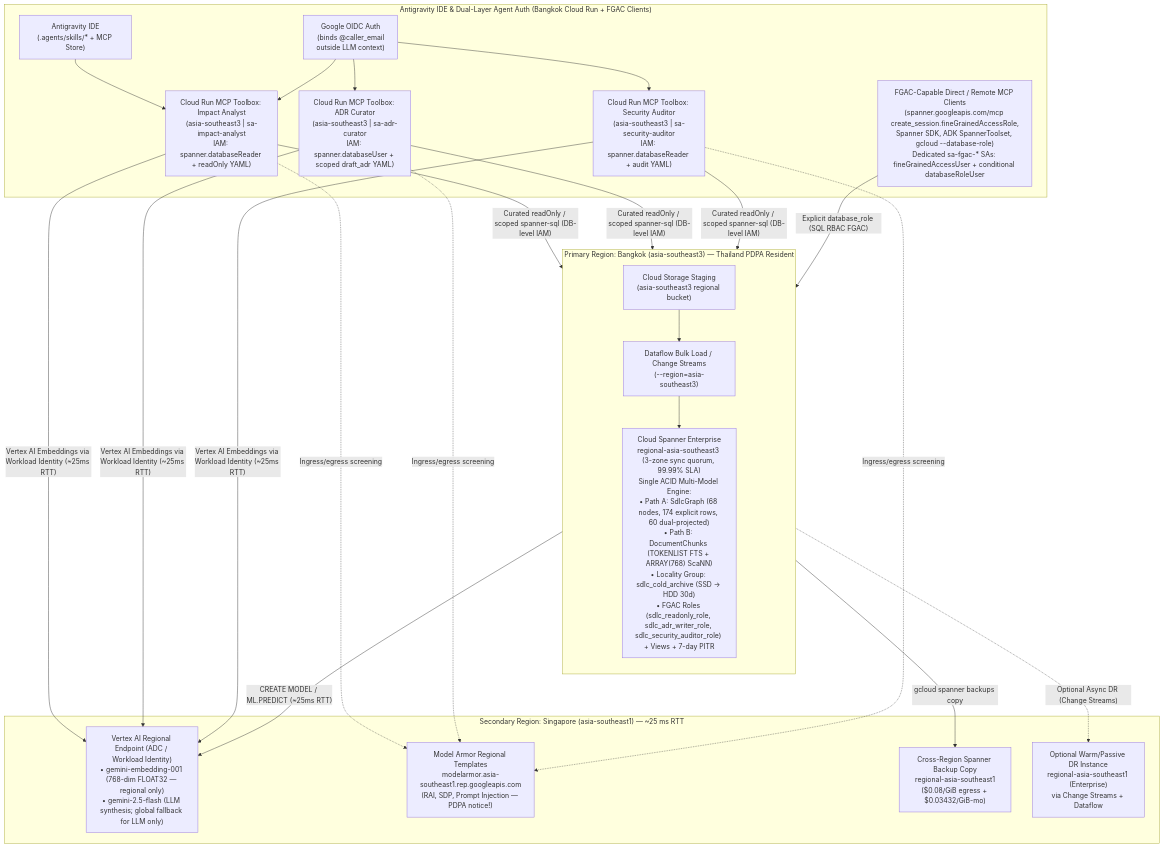
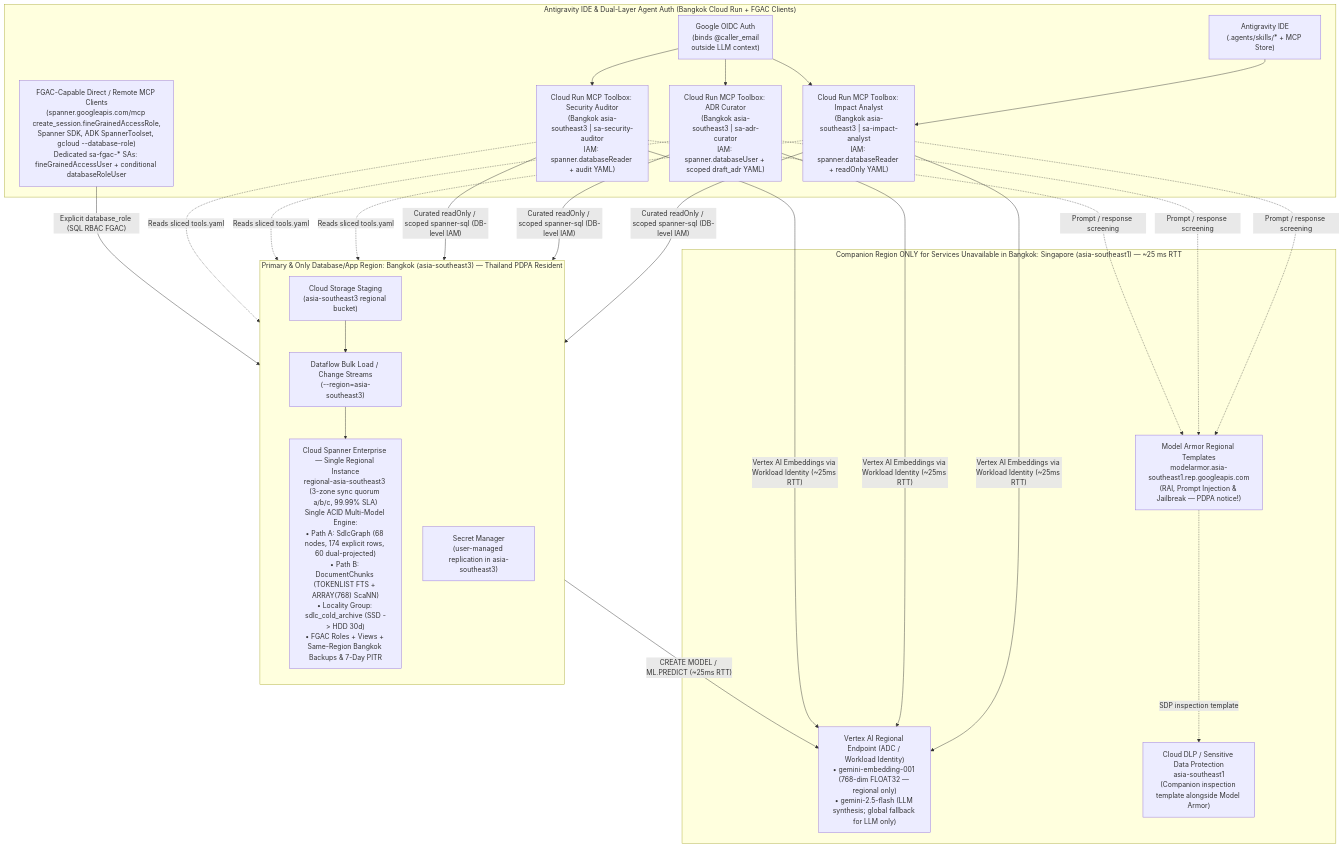
Before and after one commit to jiratouchmhp/spanner-graph-sdlc-workshop: the diagram in WORKSHOP_CONTENT_PLAN.md, drawn with Mermaid. The commit also changed other lines of this file and 54 other files, not shown here.

First line of the commit message:
Simplify workshop to single-region Bangkok (asia-southeast3) + Singapore only for AI/Security services unavailable in Bangkok

````diff
--- a/WORKSHOP_CONTENT_PLAN.md
+++ b/WORKSHOP_CONTENT_PLAN.md
@@ -64,36 +64,36 @@
 ```mermaid
 flowchart TB
     subgraph IDE_AGENTS["Antigravity IDE & Dual-Layer Agent Auth (Bangkok Cloud Run + FGAC Clients)"]
         AG["Antigravity IDE\n(.agents/skills/* + MCP Store)"]
-        P1["Cloud Run MCP Toolbox: Impact Analyst\n(asia-southeast3 | sa-impact-analyst\nIAM: spanner.databaseReader + readOnly YAML)"]
-        P2["Cloud Run MCP Toolbox: ADR Curator\n(asia-southeast3 | sa-adr-curator\nIAM: spanner.databaseUser + scoped draft_adr YAML)"]
-        P3["Cloud Run MCP Toolbox: Security Auditor\n(asia-southeast3 | sa-security-auditor\nIAM: spanner.databaseReader + audit YAML)"]
+        P1["Cloud Run MCP Toolbox: Impact Analyst\n(Bangkok asia-southeast3 | sa-impact-analyst\nIAM: spanner.databaseReader + readOnly YAML)"]
+        P2["Cloud Run MCP Toolbox: ADR Curator\n(Bangkok asia-southeast3 | sa-adr-curator\nIAM: spanner.databaseUser + scoped draft_adr YAML)"]
+        P3["Cloud Run MCP Toolbox: Security Auditor\n(Bangkok asia-southeast3 | sa-security-auditor\nIAM: spanner.databaseReader + audit YAML)"]
         FGAC_CLI["FGAC-Capable Direct / Remote MCP Clients\n(spanner.googleapis.com/mcp create_session.fineGrainedAccessRole,\nSpanner SDK, ADK SpannerToolset, gcloud --database-role)\nDedicated sa-fgac-* SAs: fineGrainedAccessUser + conditional databaseRoleUser"]
         OIDC["Google OIDC Auth\n(binds @caller_email\noutside LLM context)"]
         AG --> P1
         OIDC --> P1 & P2 & P3
     end
 
-    subgraph BKK["Primary Region: Bangkok (asia-southeast3) — Thailand PDPA Resident"]
+    subgraph BKK["Primary & Only Database/App Region: Bangkok (asia-southeast3) — Thailand PDPA Resident"]
         direction TB
-        SP["Cloud Spanner Enterprise\nregional-asia-southeast3 (3-zone sync quorum, 99.99% SLA)\nSingle ACID Multi-Model Engine:\n• Path A: SdlcGraph (68 nodes, 174 explicit rows, 60 dual-projected)\n• Path B: DocumentChunks (TOKENLIST FTS + ARRAY<FLOAT32>(768) ScaNN)\n• Locality Group: sdlc_cold_archive (SSD -> HDD 30d)\n• FGAC Roles (sdlc_readonly_role, sdlc_adr_writer_role, sdlc_security_auditor_role) + Views + 7-day PITR"]
+        SP["Cloud Spanner Enterprise — Single Regional Instance\nregional-asia-southeast3 (3-zone sync quorum a/b/c, 99.99% SLA)\nSingle ACID Multi-Model Engine:\n• Path A: SdlcGraph (68 nodes, 174 explicit rows, 60 dual-projected)\n• Path B: DocumentChunks (TOKENLIST FTS + ARRAY<FLOAT32>(768) ScaNN)\n• Locality Group: sdlc_cold_archive (SSD -> HDD 30d)\n• FGAC Roles + Views + Same-Region Bangkok Backups & 7-Day PITR"]
+        SM["Secret Manager\n(user-managed replication in asia-southeast3)"]
         GCS["Cloud Storage Staging\n(asia-southeast3 regional bucket)"]
         DF["Dataflow Bulk Load / Change Streams\n(--region=asia-southeast3)"]
         GCS --> DF --> SP
     end
 
-    subgraph SG["Secondary Region: Singapore (asia-southeast1) — ~25 ms RTT"]
+    subgraph SG["Companion Region ONLY for Services Unavailable in Bangkok: Singapore (asia-southeast1) — ~25 ms RTT"]
         VAI["Vertex AI Regional Endpoint (ADC / Workload Identity)\n• gemini-embedding-001 (768-dim FLOAT32 — regional only)\n• gemini-2.5-flash (LLM synthesis; global fallback for LLM only)"]
-        MA["Model Armor Regional Templates\nmodelarmor.asia-southeast1.rep.googleapis.com\n(RAI, SDP, Prompt Injection — PDPA notice!)"]
-        BKDR["Cross-Region Spanner Backup Copy\nregional-asia-southeast1\n($0.08/GiB egress + $0.03432/GiB-mo)"]
-        WARM["Optional Warm/Passive DR Instance\nregional-asia-southeast1 (Enterprise)\nvia Change Streams + Dataflow"]
+        MA["Model Armor Regional Templates\nmodelarmor.asia-southeast1.rep.googleapis.com\n(RAI, Prompt Injection & Jailbreak — PDPA notice!)"]
+        DLP["Cloud DLP / Sensitive Data Protection\nasia-southeast1\n(Companion inspection template alongside Model Armor)"]
     end
 
     P1 & P2 & P3 -- "Curated readOnly / scoped spanner-sql (DB-level IAM)" --> SP
+    P1 & P2 & P3 -. "Reads sliced tools.yaml" .-> SM
     P1 & P2 & P3 -- "Vertex AI Embeddings via Workload Identity (~25ms RTT)" --> VAI
     FGAC_CLI -- "Explicit database_role (SQL RBAC FGAC)" --> SP
-    P1 & P2 & P3 -. "Ingress/egress screening" .-> MA
+    P1 & P2 & P3 -. "Prompt / response screening" .-> MA
+    MA -. "SDP inspection template" .-> DLP
     SP -- "CREATE MODEL / ML.PREDICT (~25ms RTT)" --> VAI
-    SP -- "gcloud spanner backups copy" --> BKDR
-    SP -. "Optional Async DR (Change Streams)" .-> WARM
 ```
````
